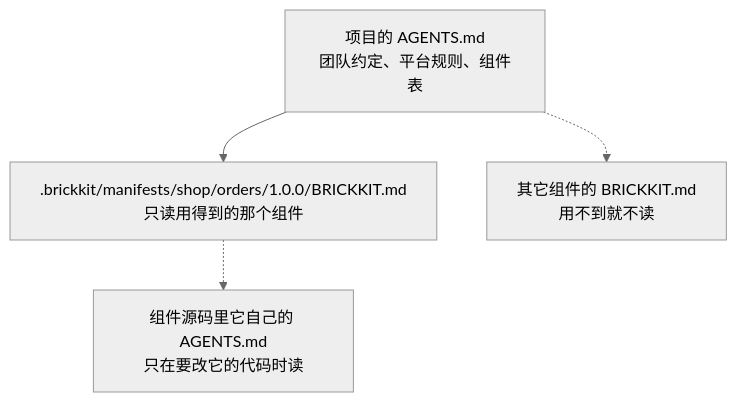
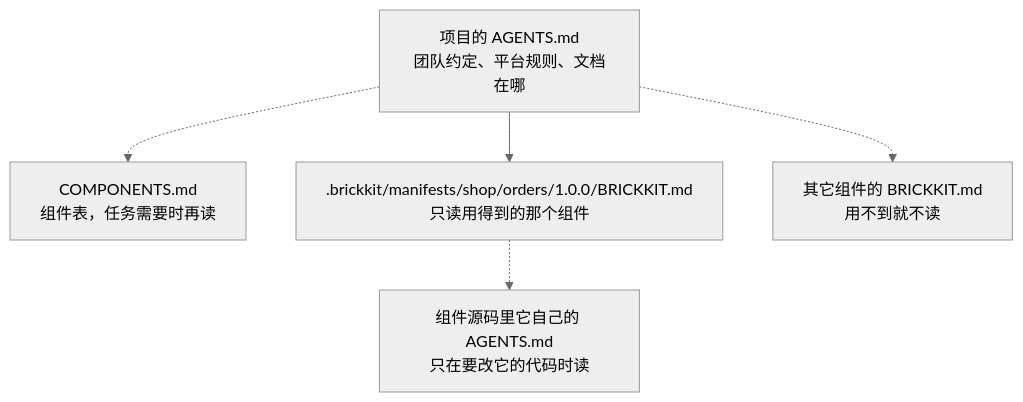
One commit to brickKit/brickKit changed the diagram in docs/zh/00-intro/06-fractal-architecture.md. Above: the diagram before and after it, drawn with Mermaid (neutral theme). The commit also changed other lines of this file and 114 other files, not shown here.

First line of the commit message:
feat(project): the component table moves to COMPONENTS.md; the AGENTS.md block only points to it

````diff
--- a/docs/zh/00-intro/06-fractal-architecture.md
+++ b/docs/zh/00-intro/06-fractal-architecture.md
@@ -157,6 +157,7 @@
 ```mermaid
 graph TD
-    P["项目的 AGENTS.md<br/>团队约定、平台规则、组件表"] --> C1[".brickkit/manifests/shop/orders/1.0.0/BRICKKIT.md<br/>只读用得到的那个组件"]
+    P["项目的 AGENTS.md<br/>团队约定、平台规则、文档在哪"] -.-> T["COMPONENTS.md<br/>组件表，任务需要时再读"]
+    P --> C1[".brickkit/manifests/shop/orders/1.0.0/BRICKKIT.md<br/>只读用得到的那个组件"]
     P -.-> C2["其它组件的 BRICKKIT.md<br/>用不到就不读"]
     C1 -.-> D["组件源码里它自己的 AGENTS.md<br/>只在要改它的代码时读"]
 ```
````
